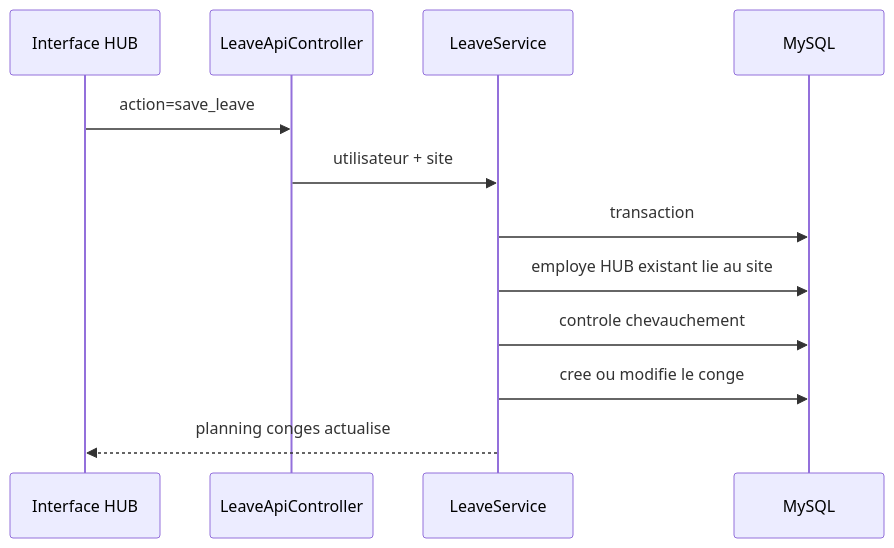
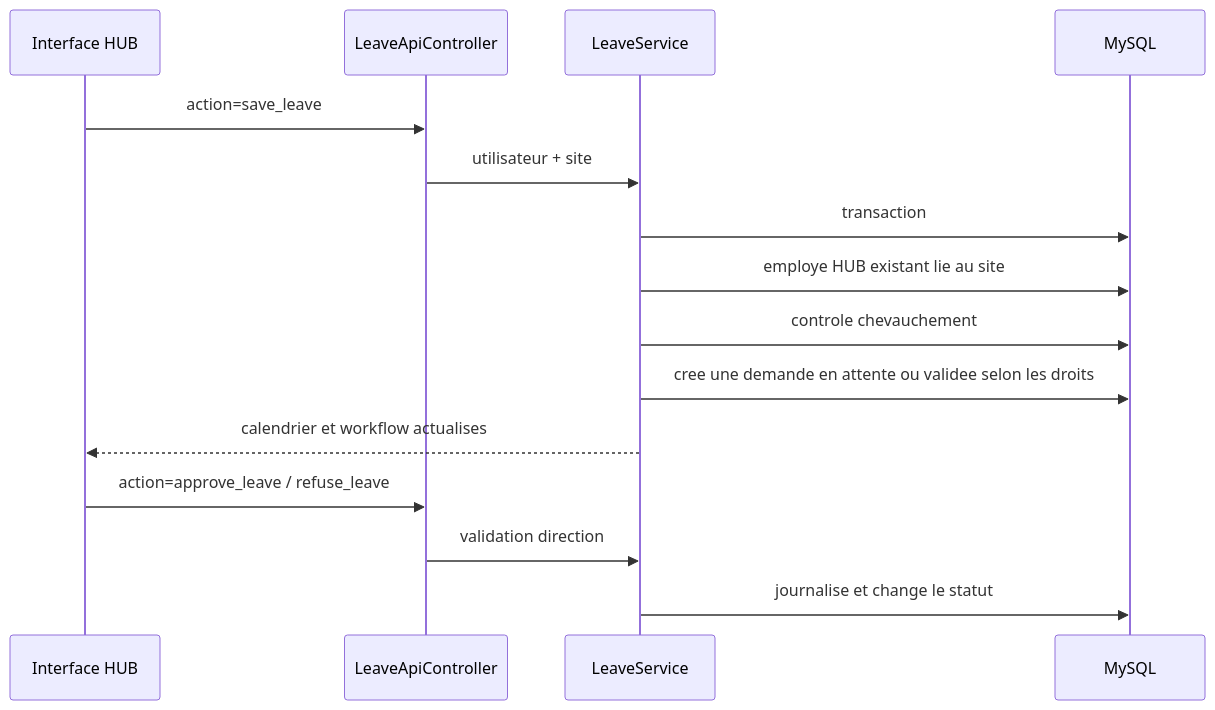
One commit to jp2creation/hub changed the sixth of 9 diagrams in docs/README.md. Above: the diagram before and after it, drawn with Mermaid. The commit also changed other lines of this file and 12 other files, not shown here.

````diff
--- a/docs/README.md
+++ b/docs/README.md
@@ -196,15 +197,18 @@
 ```mermaid
 sequenceDiagram
     participant UI as Interface HUB
     participant API as LeaveApiController
     participant Service as LeaveService
     participant DB as MySQL
 
     UI->>API: action=save_leave
     API->>Service: utilisateur + site
     Service->>DB: transaction
     Service->>DB: employe HUB existant lie au site
     Service->>DB: controle chevauchement
-    Service->>DB: cree ou modifie le conge
-    Service-->>UI: planning conges actualise
+    Service->>DB: cree une demande en attente ou validee selon les droits
+    Service-->>UI: calendrier et workflow actualises
+    UI->>API: action=approve_leave / refuse_leave
+    API->>Service: validation direction
+    Service->>DB: journalise et change le statut
 ```
````
